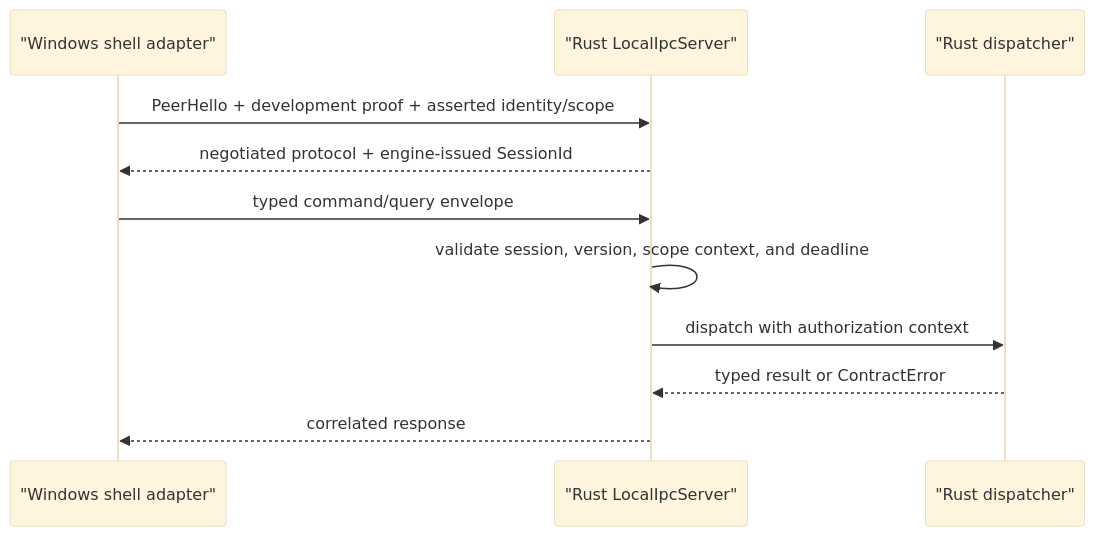
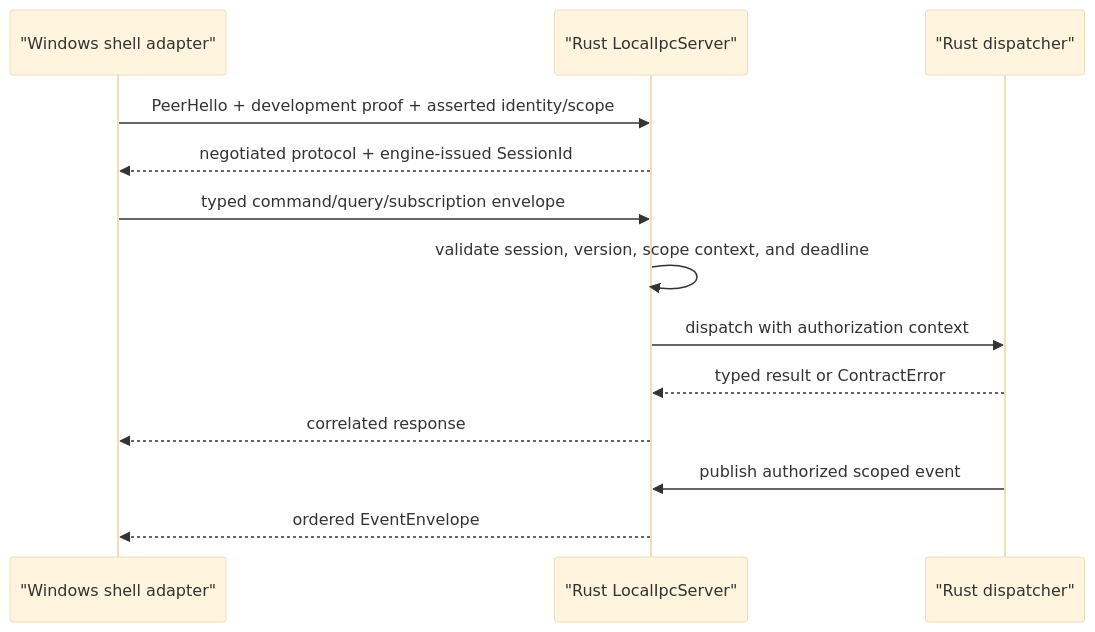
The diagram in docs/developer/subsystems/local-ipc.md (HusseinBaraja/Eitmad), drawn with Mermaid (base theme) before and after one commit. The commit also changed other lines of this file and 16 other files, not shown here.

Commit message:
docs(ipc): document resumable event streams

````diff
--- a/docs/developer/subsystems/local-ipc.md
+++ b/docs/developer/subsystems/local-ipc.md
@@ -35,13 +37,15 @@
 ```mermaid
 sequenceDiagram
     participant Shell as "Windows shell adapter"
     participant IPC as "Rust LocalIpcServer"
     participant Domain as "Rust dispatcher"
     Shell->>IPC: PeerHello + development proof + asserted identity/scope
     IPC-->>Shell: negotiated protocol + engine-issued SessionId
-    Shell->>IPC: typed command/query envelope
+    Shell->>IPC: typed command/query/subscription envelope
     IPC->>IPC: validate session, version, scope context, and deadline
     IPC->>Domain: dispatch with authorization context
     Domain-->>IPC: typed result or ContractError
     IPC-->>Shell: correlated response
+    Domain->>IPC: publish authorized scoped event
+    IPC-->>Shell: ordered EventEnvelope
 ```
````
